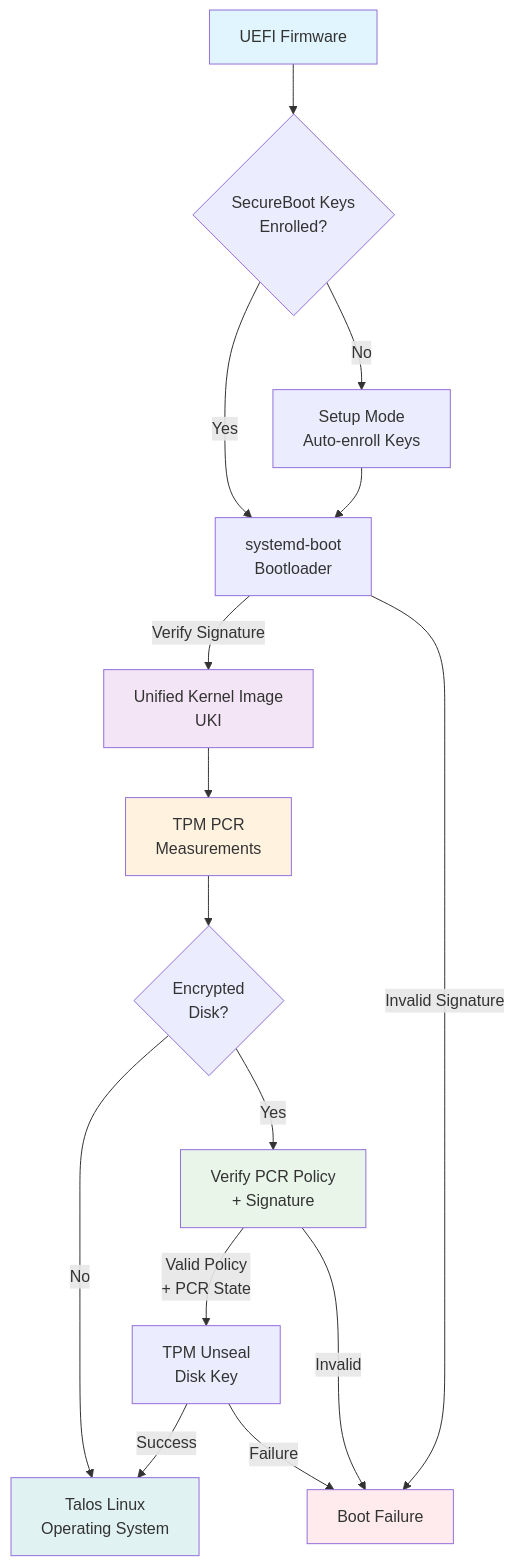
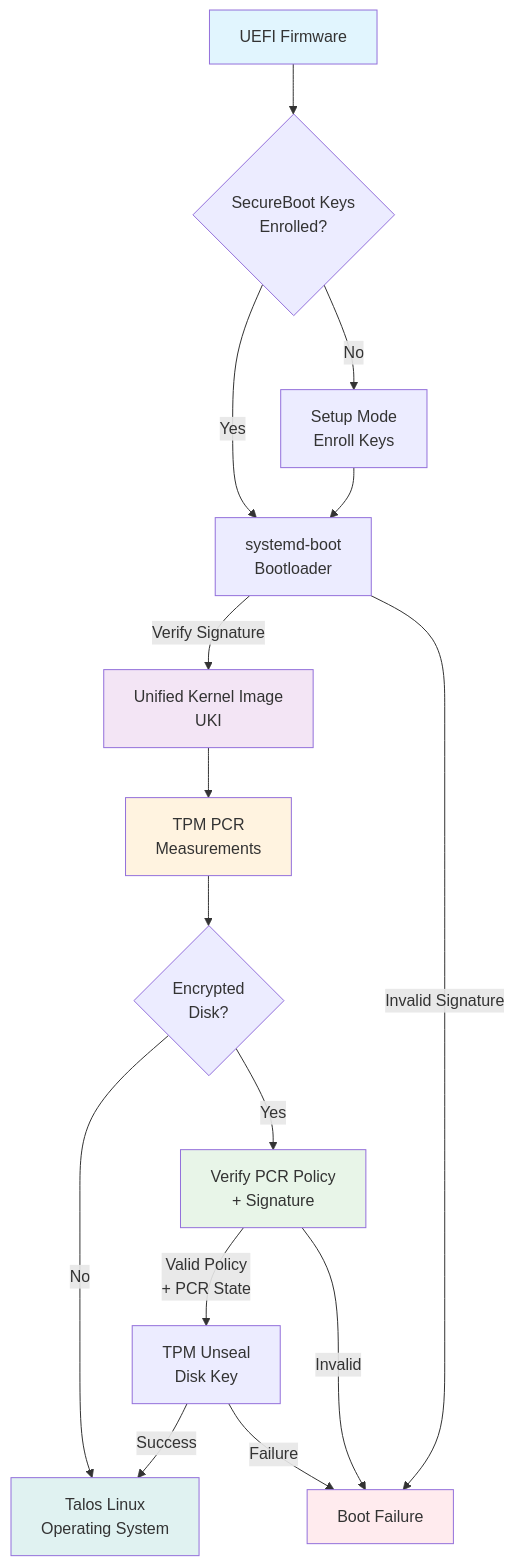
Before and after one commit to siderolabs/docs: the first of 2 diagrams in public/talos/v1.13/platform-specific-installations/bare-metal-platforms/secureboot.mdx, drawn with Mermaid. The commit also changed other lines of this file and 1 other file, not shown here.

First line of the commit message:
docs: clarify SecureBoot auto-enrollment is VM-only by default

````diff
--- a/public/talos/v1.13/platform-specific-installations/bare-metal-platforms/secureboot.mdx
+++ b/public/talos/v1.13/platform-specific-installations/bare-metal-platforms/secureboot.mdx
@@ -41,36 +41,36 @@
 ```mermaid
 flowchart TD
     UEFI[UEFI Firmware]
     KEYS{SecureBoot Keys<br/>Enrolled?}
-    SETUP[Setup Mode<br/>Auto-enroll Keys]
+    SETUP[Setup Mode<br/>Enroll Keys]
     SYSTEMD[systemd-boot<br/>Bootloader]
     UKI[Unified Kernel Image<br/>UKI]
     MEASURE[TPM PCR<br/>Measurements]
     DISK{Encrypted<br/>Disk?}
     UNSEAL[TPM Unseal<br/>Disk Key]
     POLICY[Verify PCR Policy<br/>+ Signature]
     TALOS[Talos Linux<br/>Operating System]
     FAIL[Boot Failure]
 
     UEFI --> KEYS
     KEYS -->|No| SETUP
     SETUP --> SYSTEMD
     KEYS -->|Yes| SYSTEMD
     SYSTEMD -->|Verify Signature| UKI
     SYSTEMD -->|Invalid Signature| FAIL
     UKI --> MEASURE
     MEASURE --> DISK
     DISK -->|Yes| POLICY
     POLICY -->|Valid Policy<br/>+ PCR State| UNSEAL
     POLICY -->|Invalid| FAIL
     UNSEAL -->|Success| TALOS
     UNSEAL -->|Failure| FAIL
     DISK -->|No| TALOS
 
     style UEFI fill:#e1f5fe
     style UKI fill:#f3e5f5
     style MEASURE fill:#fff3e0
     style POLICY fill:#e8f5e8
     style FAIL fill:#ffebee
     style TALOS fill:#e0f2f1
 ```
````
